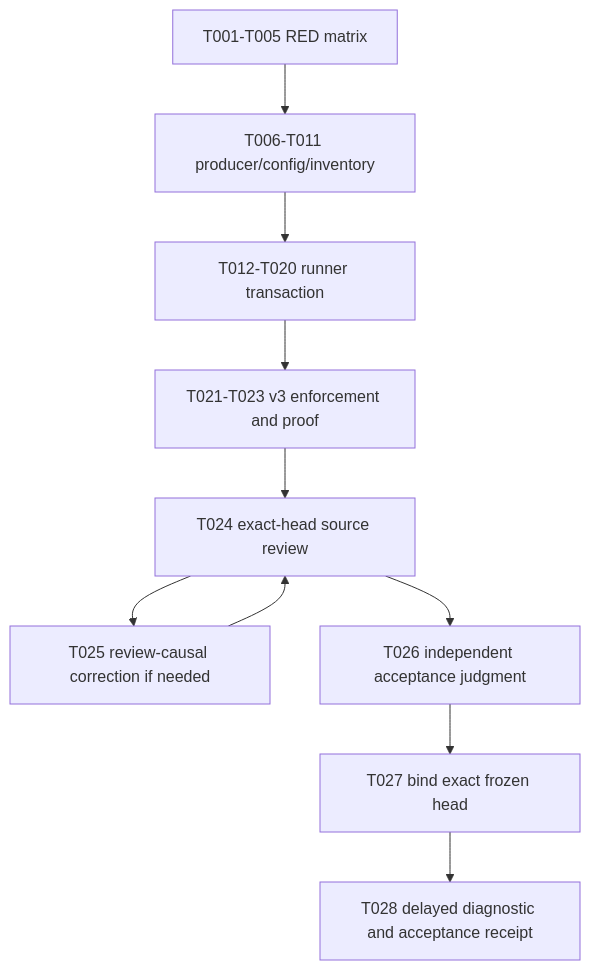
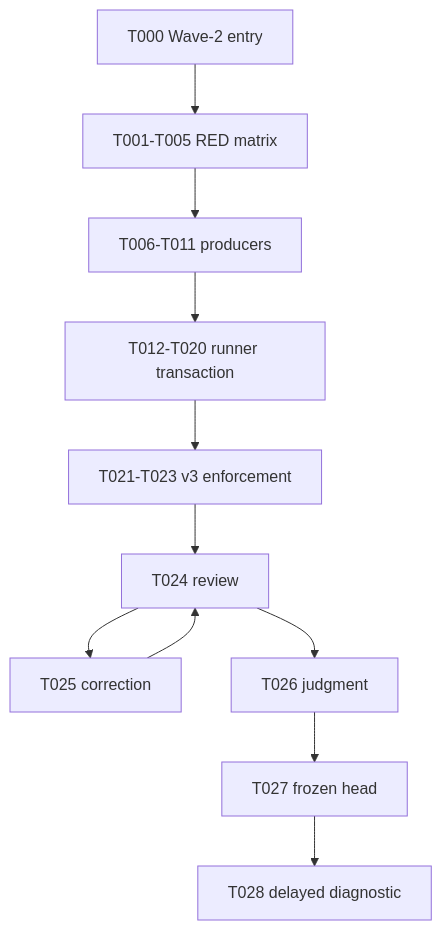
The diagram in specs/014-sonarqube-coverage-producer/tasks.md (thebtf/netcoredbg-mcp), drawn with Mermaid before and after one commit. The commit also changed other lines of this file and 13 other files, not shown here.

````diff
--- a/specs/014-sonarqube-coverage-producer/tasks.md
+++ b/specs/014-sonarqube-coverage-producer/tasks.md
@@ -115,17 +110,17 @@
 ```mermaid
 flowchart TD
+  Entry[T000 Wave-2 entry]
   T1[T001-T005 RED matrix]
-  T2[T006-T011 producer/config/inventory]
+  T2[T006-T011 producers]
   T3[T012-T020 runner transaction]
-  T4[T021-T023 v3 enforcement and proof]
-  Review[T024 exact-head source review]
-  Fix[T025 review-causal correction if needed]
-  Judge[T026 independent acceptance judgment]
-  Freeze[T027 bind exact frozen head]
-  Receipt[T028 delayed diagnostic and acceptance receipt]
-
-  T1 --> T2 --> T3 --> T4 --> Review
+  T4[T021-T023 v3 enforcement]
+  Review[T024 review]
+  Fix[T025 correction]
+  Judge[T026 judgment]
+  Freeze[T027 frozen head]
+  Receipt[T028 delayed diagnostic]
+  Entry --> T1 --> T2 --> T3 --> T4 --> Review
   Review --> Fix
   Fix --> Review
   Review --> Judge --> Freeze --> Receipt
 ```
````
